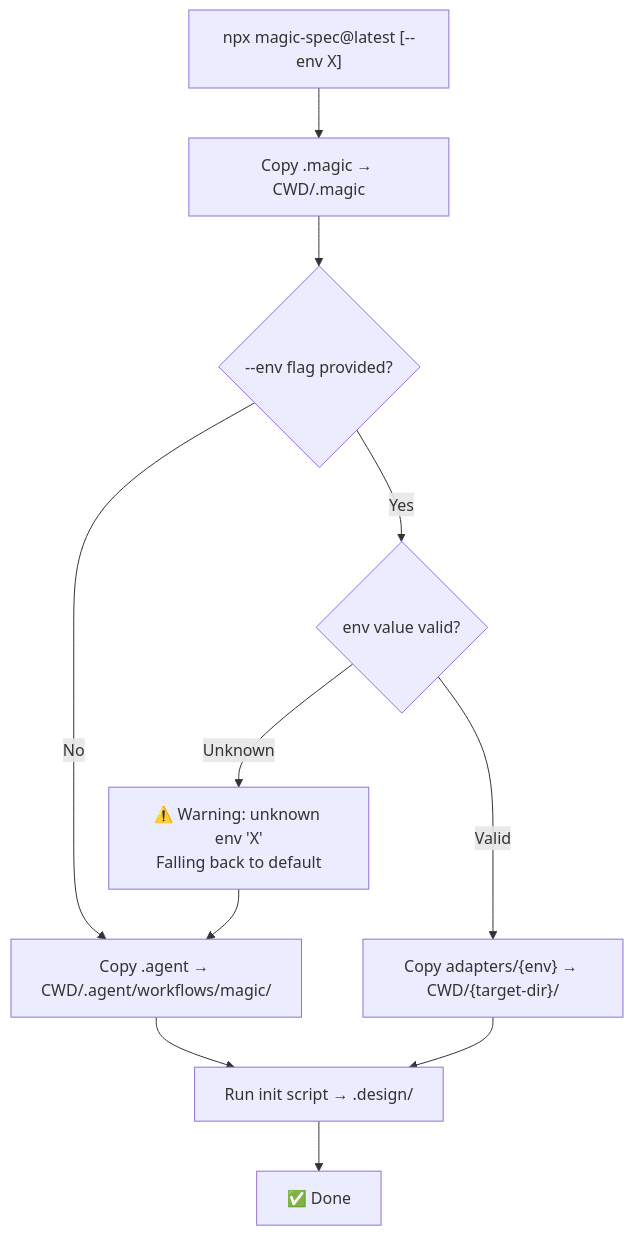
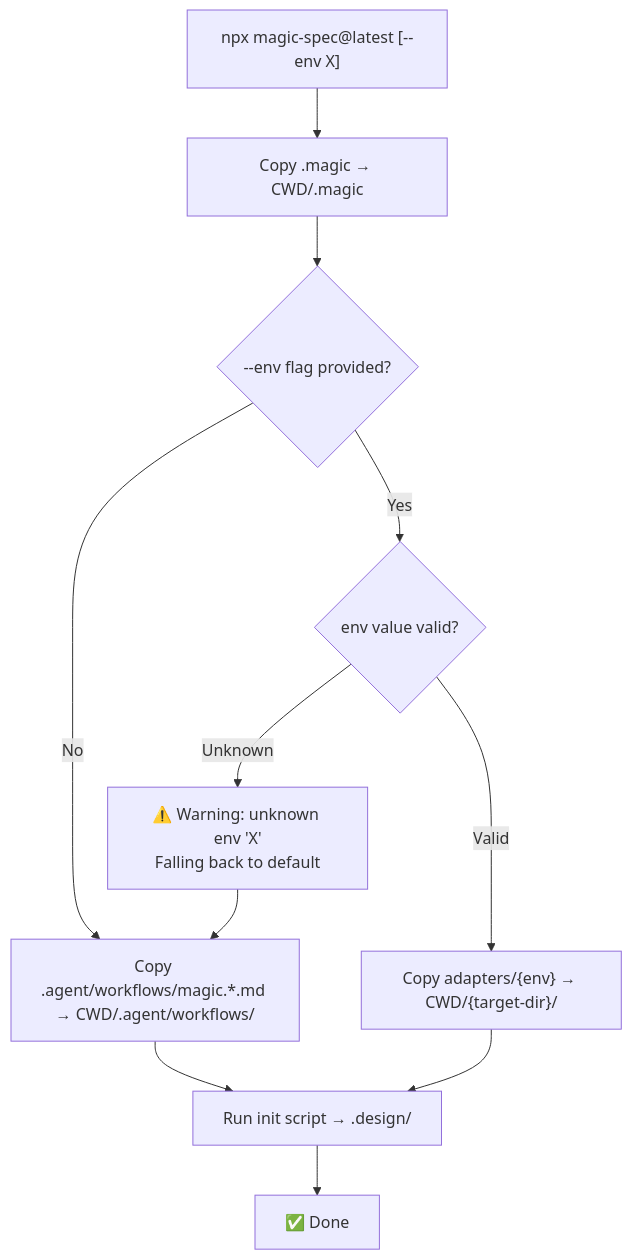
One commit to teratron/magic-spec changed the diagram in .design/specifications/agent-environments.md. Above: the diagram before and after it, drawn with Mermaid. The commit also changed other lines of this file and 9 other files, not shown here.

Commit message:
feat: add initial design specifications for distribution, architecture, CLI, and secrets management.

````diff
--- a/.design/specifications/agent-environments.md
+++ b/.design/specifications/agent-environments.md
@@ -93,13 +93,13 @@
 ```mermaid
 graph TD
     A["npx magic-spec@latest [--env X]"] --> B["Copy .magic → CWD/.magic"]
     B --> C{"--env flag provided?"}
-    C -->|No| D["Copy .agent → CWD/.agent/workflows/magic/"]
+    C -->|No| D["Copy .agent/workflows/magic.*.md → CWD/.agent/workflows/"]
     C -->|Yes| E{"env value valid?"}
     E -->|Unknown| F["⚠️ Warning: unknown env 'X'\nFalling back to default"]
     F --> D
     E -->|Valid| G["Copy adapters/{env} → CWD/{target-dir}/"]
     D --> H["Run init script → .design/"]
     G --> H
     H --> I["✅ Done"]
 ```
````
